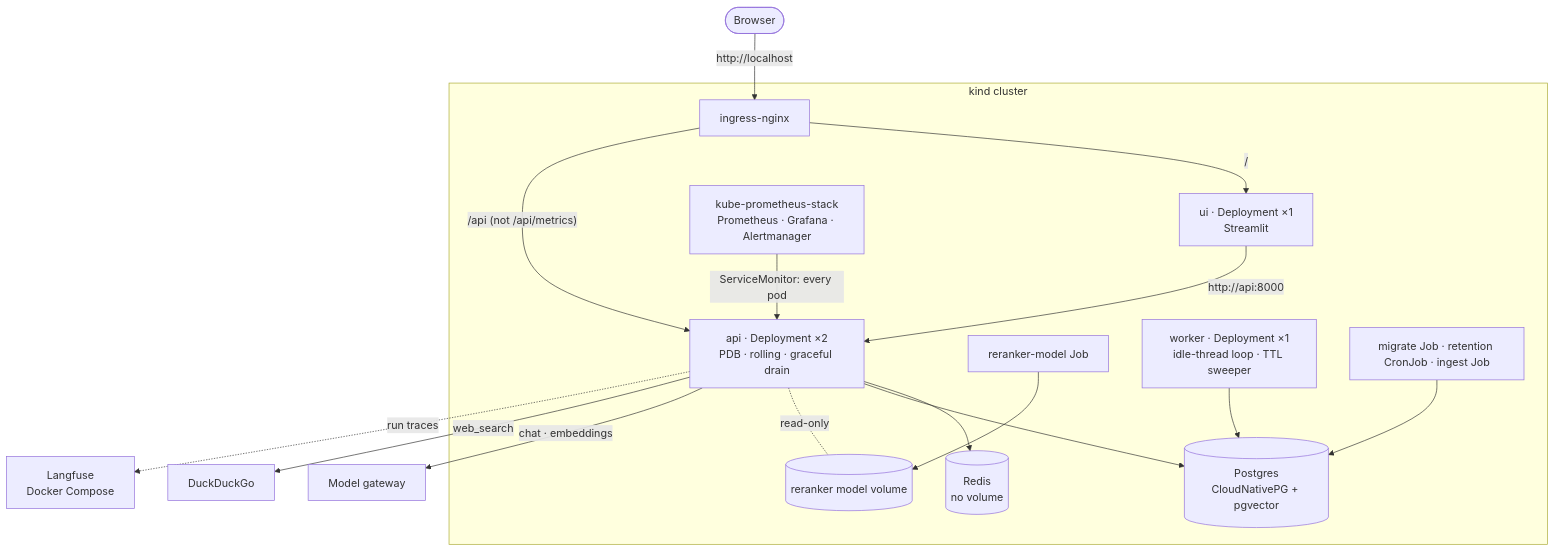
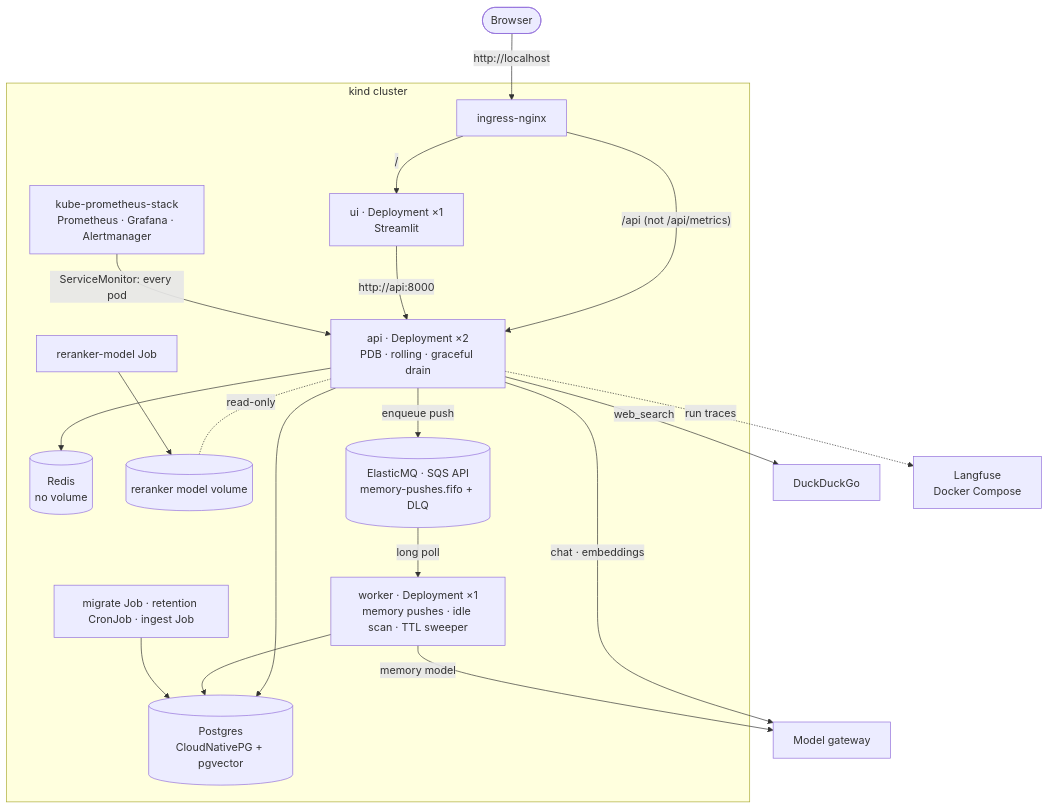
One commit to Anirudh1905/agentic-ai-chatbot changed the diagram in docs/phase-9-reliability-deployment.md. Above: the diagram before and after it, drawn with Mermaid. The commit also changed other lines of this file, not shown here.

First line of the commit message:
Phase 9 design: memory pushes through SQS (ElasticMQ locally)

````diff
--- a/docs/phase-9-reliability-deployment.md
+++ b/docs/phase-9-reliability-deployment.md
@@ -49,19 +50,22 @@
 ```mermaid
 flowchart TB
     Browser([Browser]) -->|"http://localhost"| Ingress[ingress-nginx]
     subgraph Cluster["kind cluster"]
         Ingress -->|"/"| UI["ui · Deployment ×1<br/>Streamlit"]
         Ingress -->|"/api (not /api/metrics)"| API["api · Deployment ×2<br/>PDB · rolling · graceful drain"]
         UI -->|"http://api:8000"| API
         Prom["kube-prometheus-stack<br/>Prometheus · Grafana · Alertmanager"] -->|"ServiceMonitor: every pod"| API
         API --> Redis[("Redis<br/>no volume")]
         API --> PG[("Postgres<br/>CloudNativePG + pgvector")]
         API -.-|"read-only"| ModelPVC[("reranker model volume")]
         Model["reranker-model Job"] --> ModelPVC
-        Worker["worker · Deployment ×1<br/>idle-thread loop · TTL sweeper"] --> PG
+        API -->|"enqueue push"| SQS[("ElasticMQ · SQS API<br/>memory-pushes.fifo + DLQ")]
+        SQS -->|"long poll"| Worker["worker · Deployment ×1<br/>memory pushes · idle scan · TTL sweeper"]
+        Worker --> PG
         Jobs["migrate Job · retention CronJob · ingest Job"] --> PG
     end
     API -->|"chat · embeddings"| Gateway[Model gateway]
+    Worker -->|"memory model"| Gateway
     API -->|web_search| DDG[DuckDuckGo]
     API -.->|run traces| LF["Langfuse<br/>Docker Compose"]
 ```
````
